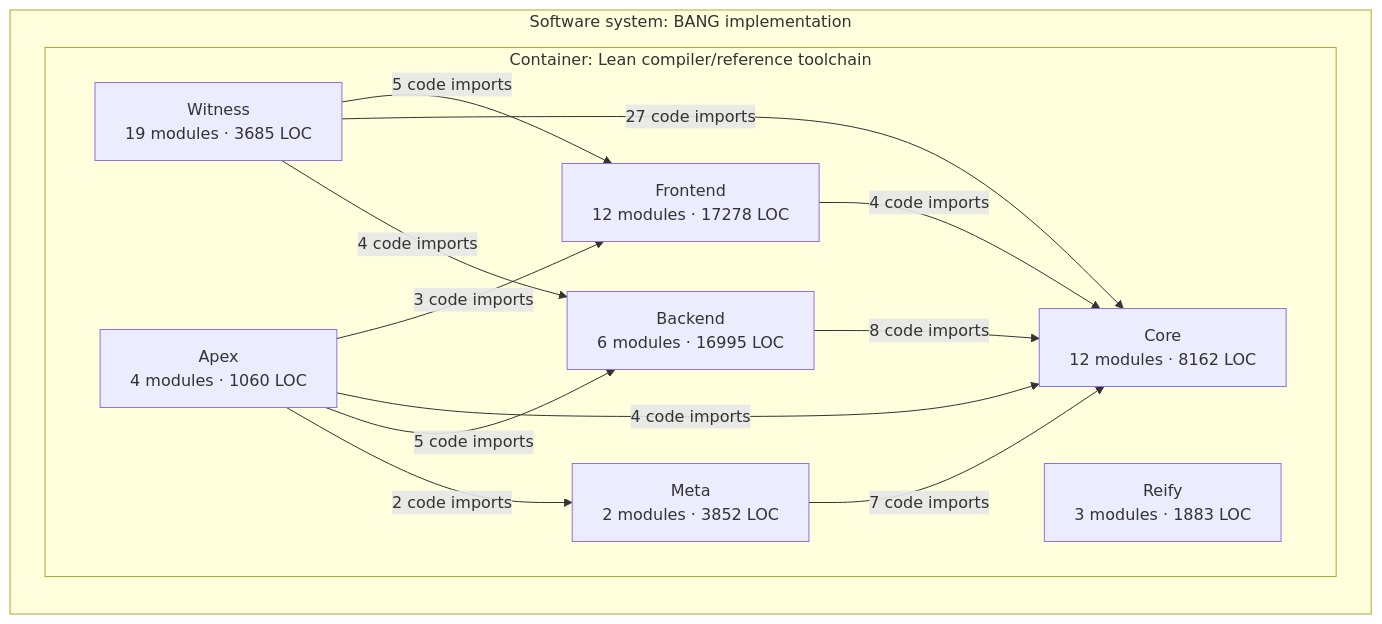
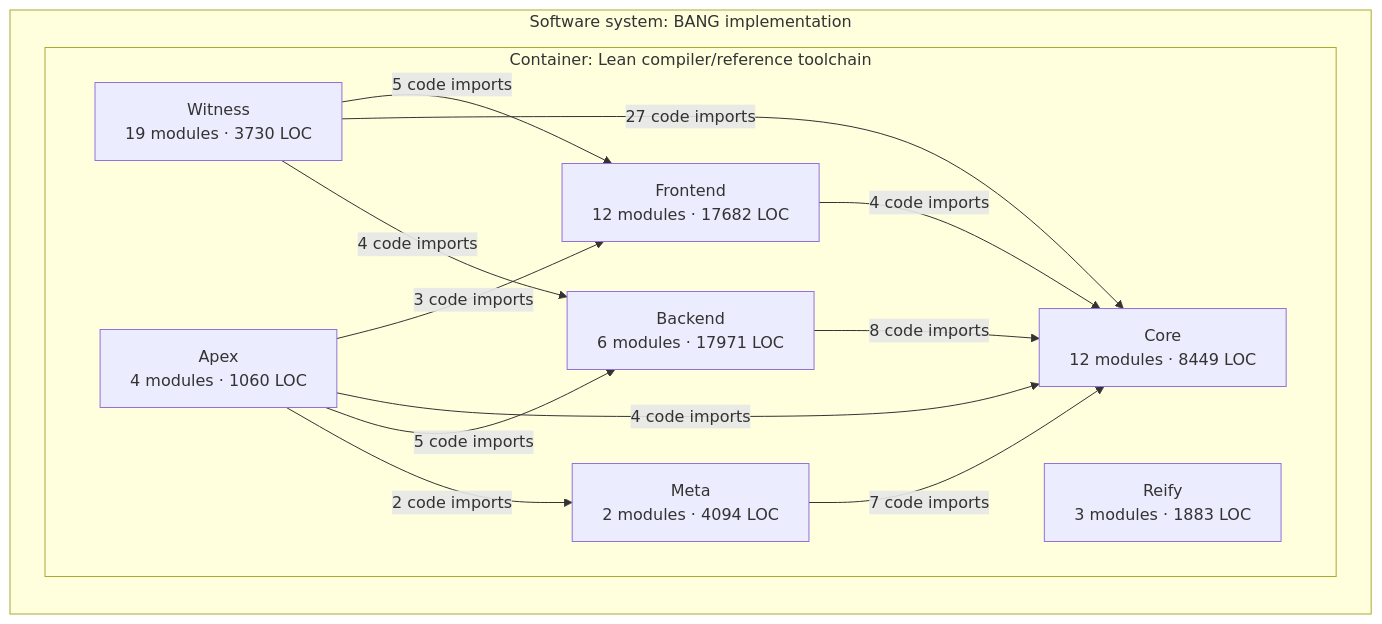
Before and after one commit to phibkro/bang: the third of 3 diagrams in docs/architecture/core-overview.md, drawn with Mermaid. The commit also changed other lines of this file and 19 other files, not shown here.

````diff
--- a/docs/architecture/core-overview.md
+++ b/docs/architecture/core-overview.md
@@ -160,24 +160,24 @@
 ```mermaid
 flowchart LR
   subgraph system_BANG["Software system: BANG implementation"]
     subgraph container_Lean_toolchain["Container: Lean compiler/reference toolchain"]
-      component_Frontend["Frontend<br/>12 modules · 17278 LOC"]
-      component_Core["Core<br/>12 modules · 8162 LOC"]
-      component_Backend["Backend<br/>6 modules · 16995 LOC"]
-      component_Meta["Meta<br/>2 modules · 3852 LOC"]
-      component_Witness["Witness<br/>19 modules · 3685 LOC"]
+      component_Frontend["Frontend<br/>12 modules · 17682 LOC"]
+      component_Core["Core<br/>12 modules · 8449 LOC"]
+      component_Backend["Backend<br/>6 modules · 17971 LOC"]
+      component_Meta["Meta<br/>2 modules · 4094 LOC"]
+      component_Witness["Witness<br/>19 modules · 3730 LOC"]
       component_Reify["Reify<br/>3 modules · 1883 LOC"]
       component_Apex["Apex<br/>4 modules · 1060 LOC"]
     end
   end
   component_Frontend -->|4 code imports| component_Core
   component_Backend -->|8 code imports| component_Core
   component_Meta -->|7 code imports| component_Core
   component_Witness -->|5 code imports| component_Frontend
   component_Witness -->|27 code imports| component_Core
   component_Witness -->|4 code imports| component_Backend
   component_Apex -->|3 code imports| component_Frontend
   component_Apex -->|4 code imports| component_Core
   component_Apex -->|5 code imports| component_Backend
   component_Apex -->|2 code imports| component_Meta
 ```
````
